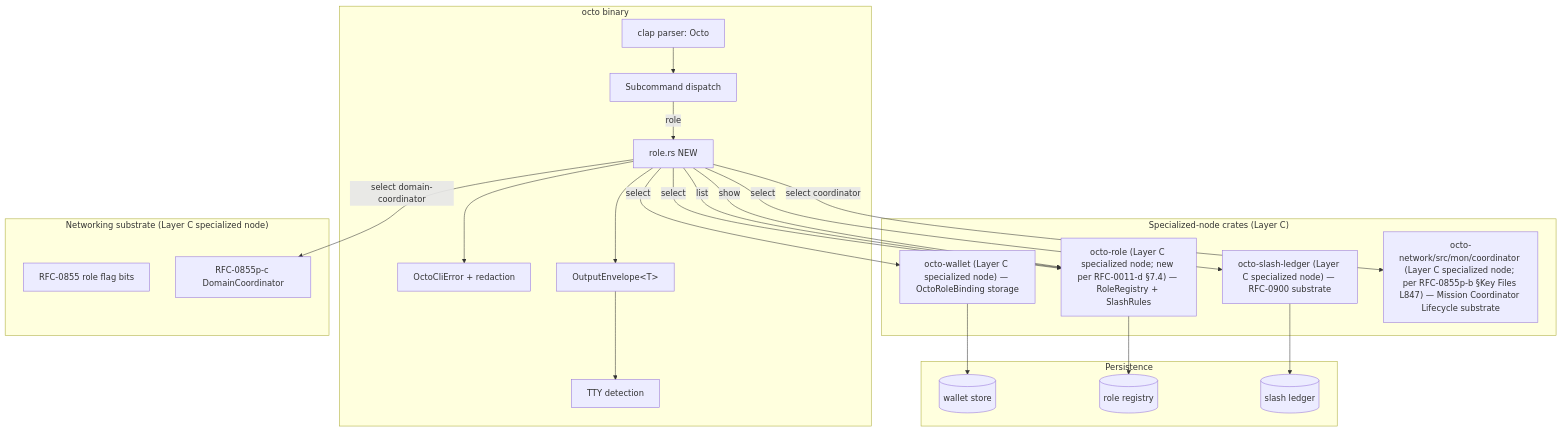
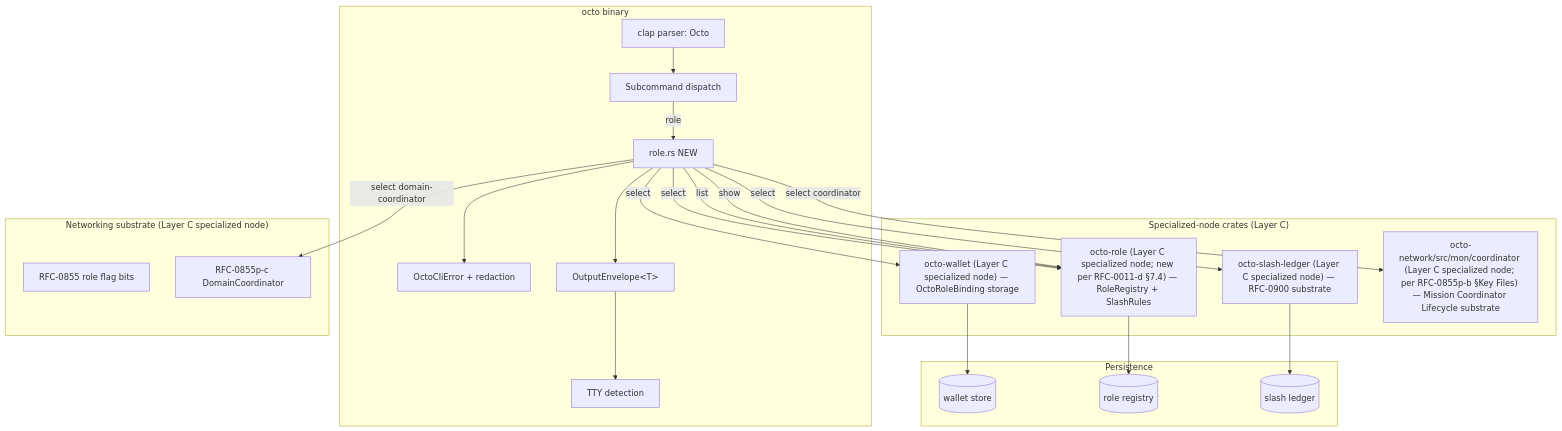
Before and after one commit to CipherOcto/cipherocto: the second of 5 diagrams in rfcs/accepted/process/0011-d-role-provisioning.md, drawn with Mermaid. The commit also changed 17 other files, not shown here.

````diff
--- a/rfcs/accepted/process/0011-d-role-provisioning.md
+++ b/rfcs/accepted/process/0011-d-role-provisioning.md
@@ -192,45 +192,45 @@
 ```mermaid
 graph TB
     subgraph Bin["octo binary"]
         A[clap parser: Octo]
         B[Subcommand dispatch]
         C[OctoCliError + redaction]
         D[OutputEnvelope&lt;T&gt;]
         E[TTY detection]
         F[role.rs NEW]
     end
 
     subgraph Sub["Specialized-node crates (Layer C)"]
         G["octo-wallet (Layer C specialized node) — OctoRoleBinding storage"]
         H["octo-role (Layer C specialized node; new per RFC-0011-d §7.4) — RoleRegistry + SlashRules"]
         I["octo-slash-ledger (Layer C specialized node) — RFC-0900 substrate"]
-        J["octo-network/src/mon/coordinator (Layer C specialized node; per RFC-0855p-b §Key Files L847) — Mission Coordinator Lifecycle substrate"]
+        J["octo-network/src/mon/coordinator (Layer C specialized node; per RFC-0855p-b §Key Files) — Mission Coordinator Lifecycle substrate"]
     end
 
     subgraph Net["Networking substrate (Layer C specialized node)"]
         K["RFC-0855 role flag bits"]
         L["RFC-0855p-c DomainCoordinator"]
     end
 
     subgraph Persist["Persistence"]
         M[(wallet store)]
         N[(role registry)]
         O[(slash ledger)]
     end
 
     A --> B
     B -->|role| F
     F -->|select| G
     F -->|select| H
     F -->|select| I
     F -->|list| H
     F -->|show| H
     F -->|select coordinator| J
     F -->|select domain-coordinator| L
     F --> C
     F --> D
     D --> E
     G --> M
     H --> N
     I --> O
 ```
````
